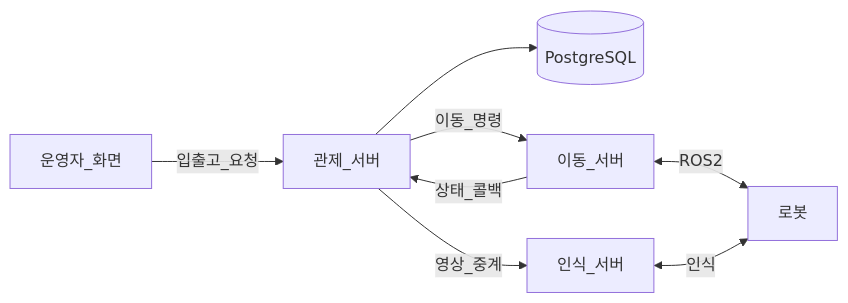
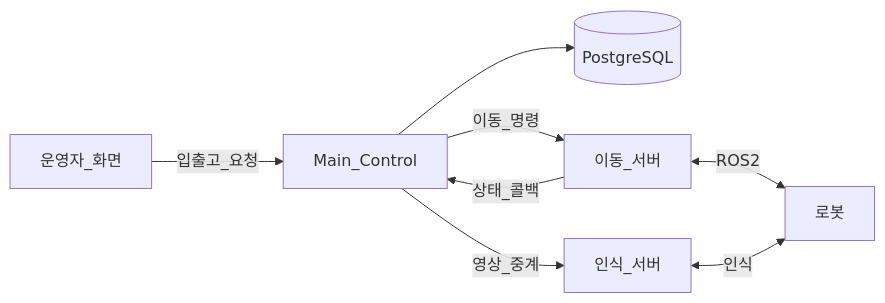
Before and after one commit to eduwing-robotics/ros2-ai-amr-repo3: the first of 10 diagrams in main_server/docs/ARCHITECTURE.md, drawn with Mermaid. The commit also changed other lines of this file and 108 other files, not shown here.

Commit message:
refactor: harden execution integration and acceptance flow

````diff
--- a/main_server/docs/ARCHITECTURE.md
+++ b/main_server/docs/ARCHITECTURE.md
@@ -16,10 +20,10 @@
 ```mermaid
 flowchart LR
-  UI[운영자_화면] -->|입출고_요청| Main[관제_서버]
+  UI[운영자_화면] -->|입출고_요청| Main[Main_Control]
   Main --> PG[(PostgreSQL)]
   Main -->|이동_명령| Mov[이동_서버]
   Mov -->|상태_콜백| Main
   Main -->|영상_중계| Vis[인식_서버]
   Mov <-->|ROS2| ROS[로봇]
   Vis <-->|인식| ROS
 ```
````
